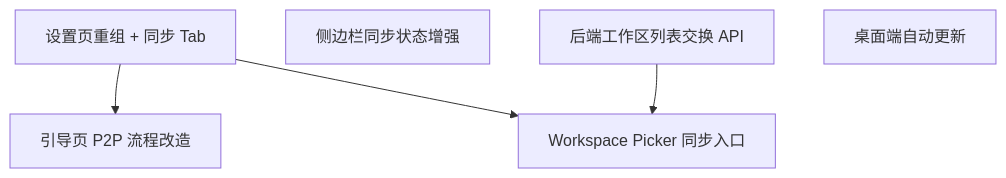
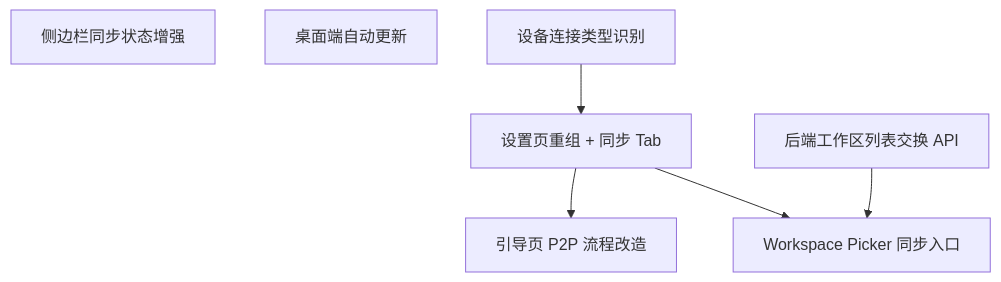
Before and after one commit to yexiyue/SwarmNote: the diagram in milestones/v0.2.1/README.md, drawn with Mermaid. The commit also changed other lines of this file and 1 other file, not shown here.

First line of the commit message:
docs: add device connection type feature for v0.2.1

````diff
--- a/milestones/v0.2.1/README.md
+++ b/milestones/v0.2.1/README.md
@@ -37,13 +38,15 @@
 ```mermaid
 graph TD
     SettingsReorg[设置页重组 + 同步 Tab]
     SidebarSync[侧边栏同步状态增强]
     OnboardingP2P[引导页 P2P 流程改造]
     WorkspaceSync[Workspace Picker 同步入口]
     BackendAPI[后端工作区列表交换 API]
     AutoUpdate[桌面端自动更新]
+    ConnType[设备连接类型识别]
 
     SettingsReorg --> OnboardingP2P
     SettingsReorg --> WorkspaceSync
     BackendAPI --> WorkspaceSync
+    ConnType --> SettingsReorg
 ```
````
